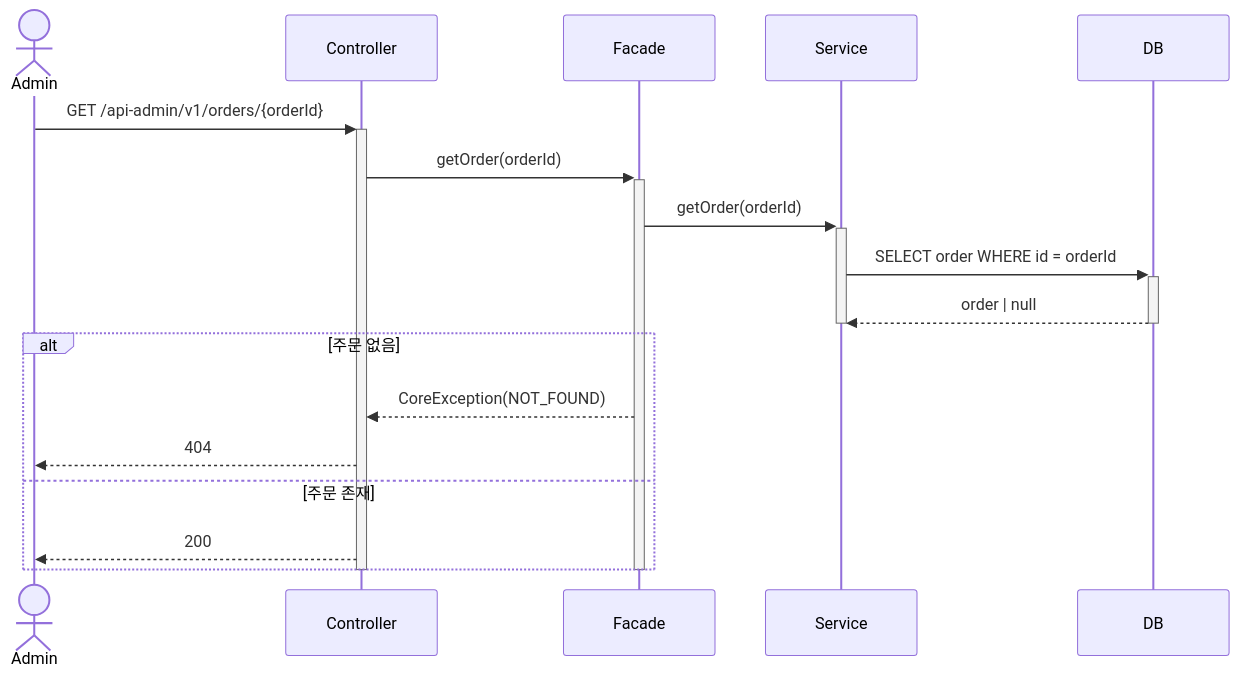
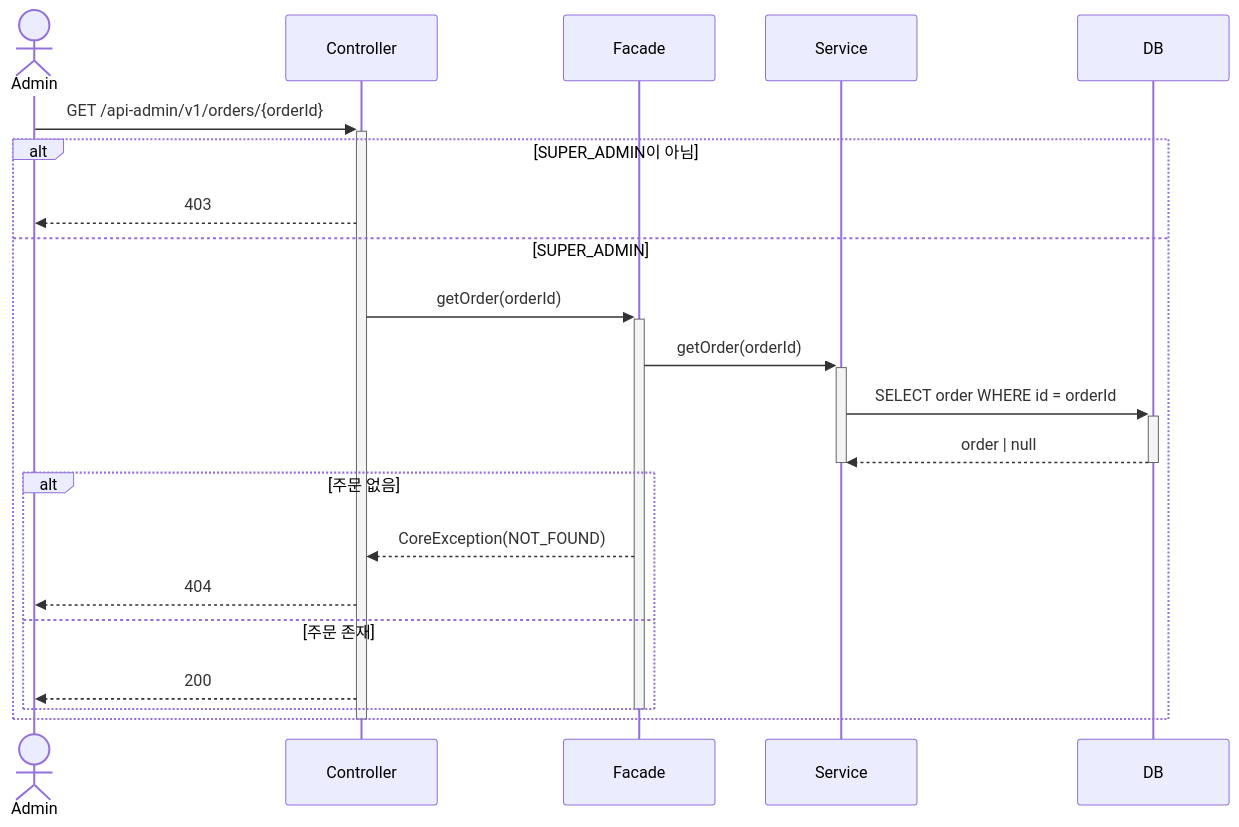
One commit to loopers-labs/loop-pack-be-l2-vol4-java changed diagram 21 of 21 in .docs/design/02-sequence-diagrams.md. Above: the diagram before and after it, drawn with Mermaid. The commit also changed other lines of this file and 3 other files, not shown here.

````diff
--- a/.docs/design/02-sequence-diagrams.md
+++ b/.docs/design/02-sequence-diagrams.md
@@ -617,24 +670,29 @@
 ```mermaid
 sequenceDiagram
     actor Admin
     participant Controller
     participant Facade
     participant Service
     participant DB
 
     Admin->>+Controller: GET /api-admin/v1/orders/{orderId}
-    Controller->>+Facade: getOrder(orderId)
-    Facade->>+Service: getOrder(orderId)
-    Service->>+DB: SELECT order WHERE id = orderId
-    DB-->>-Service: order | null
-    deactivate Service
 
-    alt 주문 없음
-        Facade-->>Controller: CoreException(NOT_FOUND)
-        Controller-->>Admin: 404
-    else 주문 존재
-        Controller-->>Admin: 200
+    alt SUPER_ADMIN이 아님
+        Controller-->>Admin: 403
+    else SUPER_ADMIN
+        Controller->>+Facade: getOrder(orderId)
+        Facade->>+Service: getOrder(orderId)
+        Service->>+DB: SELECT order WHERE id = orderId
+        DB-->>-Service: order | null
+        deactivate Service
+
+        alt 주문 없음
+            Facade-->>Controller: CoreException(NOT_FOUND)
+            Controller-->>Admin: 404
+        else 주문 존재
+            Controller-->>Admin: 200
+        end
+        deactivate Facade
     end
-    deactivate Facade
     deactivate Controller
 ```
````
